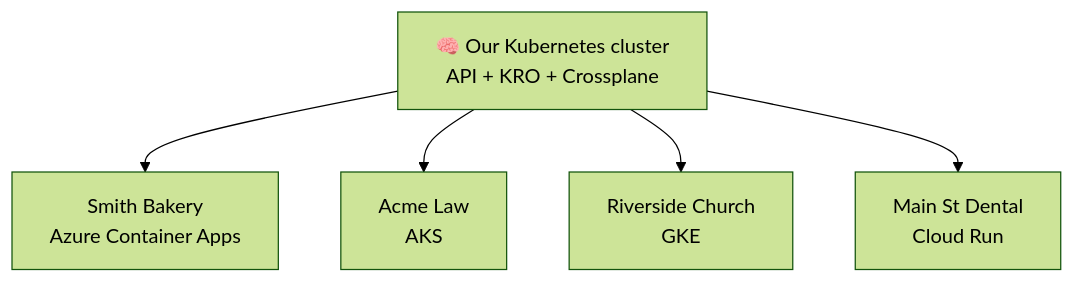
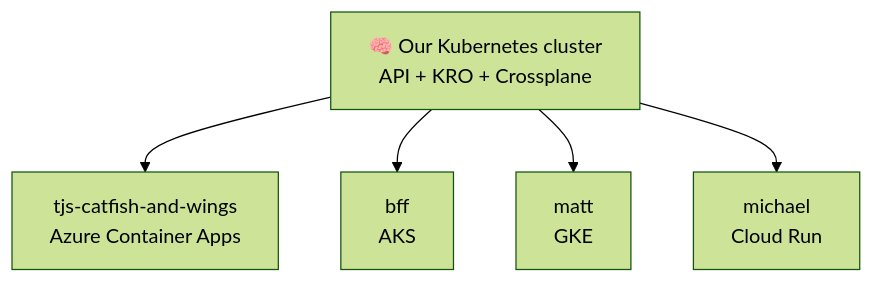
One commit to external-systems/explain-kube-to-me changed the first of 2 diagrams in documentation/docs/payload-sites.md. Above: the diagram before and after it, drawn with Mermaid (forest theme). The commit also changed other lines of this file and 3 other files, not shown here.

````diff
--- a/documentation/docs/payload-sites.md
+++ b/documentation/docs/payload-sites.md
@@ -45,7 +45,7 @@
 ```mermaid
 flowchart TB
-    B["🧠 Our Kubernetes cluster<br/>API + KRO + Crossplane"] --> T1["Smith Bakery<br/>Azure Container Apps"]
-    B --> T2["Acme Law<br/>AKS"]
-    B --> T3["Riverside Church<br/>GKE"]
-    B --> T4["Main St Dental<br/>Cloud Run"]
+    B["🧠 Our Kubernetes cluster<br/>API + KRO + Crossplane"] --> T1["tjs-catfish-and-wings<br/>Azure Container Apps"]
+    B --> T2["bff<br/>AKS"]
+    B --> T3["matt<br/>GKE"]
+    B --> T4["michael<br/>Cloud Run"]
 ```
````
